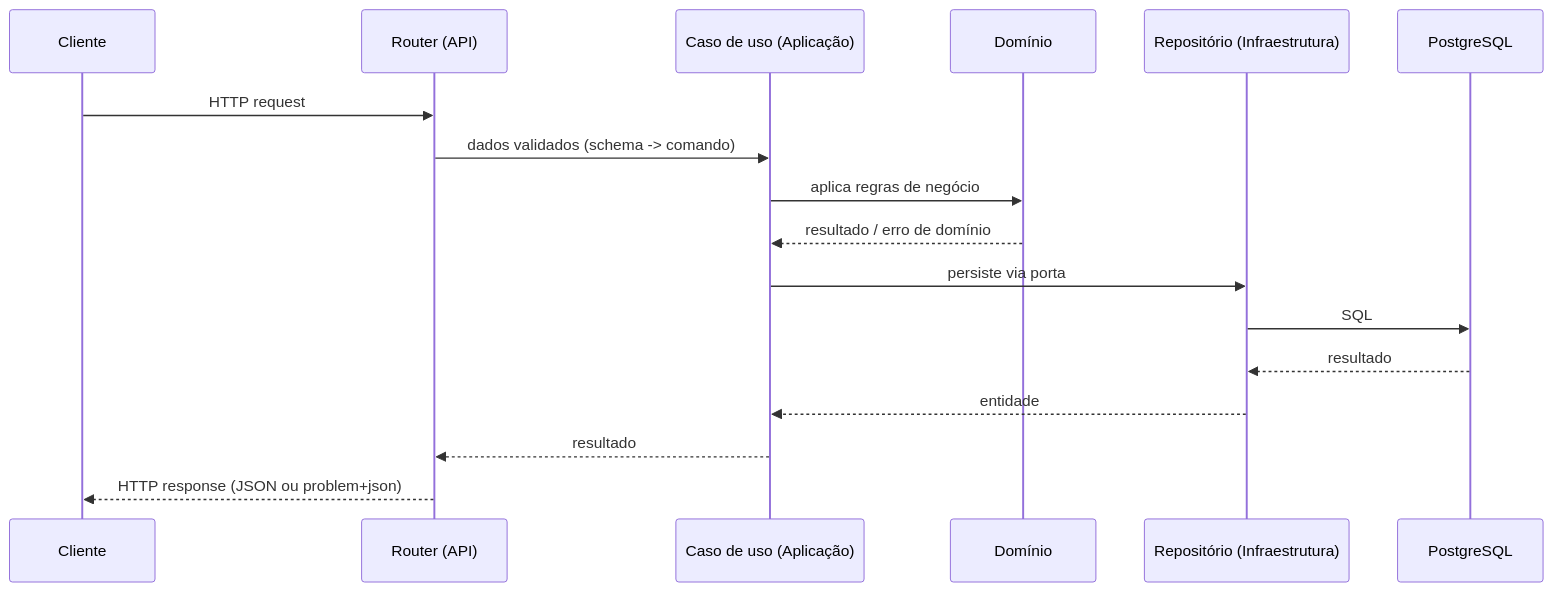
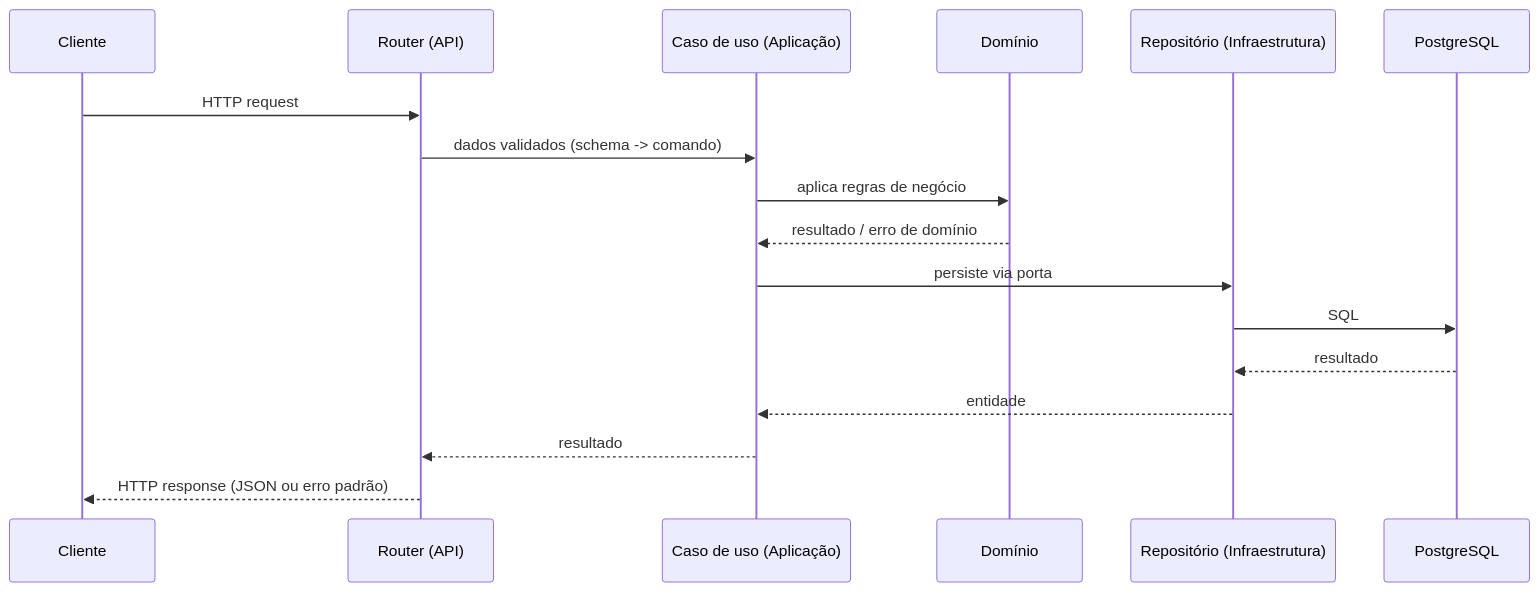
Before and after one commit to rfelribeiro/raizes-do-nordeste-backend: the second of 2 diagrams in docs/arquitetura/visao-geral.md, drawn with Mermaid. The commit also changed other lines of this file and 51 other files, not shown here.

First line of the commit message:
refactor: contrato e dados em português; erro padrão do roteiro da trilha

````diff
--- a/docs/arquitetura/visao-geral.md
+++ b/docs/arquitetura/visao-geral.md
@@ -62,19 +62,19 @@
 ```mermaid
 sequenceDiagram
     participant C as Cliente
     participant R as Router (API)
     participant U as Caso de uso (Aplicação)
     participant D as Domínio
     participant Repo as Repositório (Infraestrutura)
     participant PG as PostgreSQL
     C->>R: HTTP request
     R->>U: dados validados (schema -> comando)
     U->>D: aplica regras de negócio
     D-->>U: resultado / erro de domínio
     U->>Repo: persiste via porta
     Repo->>PG: SQL
     PG-->>Repo: resultado
     Repo-->>U: entidade
     U-->>R: resultado
-    R-->>C: HTTP response (JSON ou problem+json)
+    R-->>C: HTTP response (JSON ou erro padrão)
 ```
````
